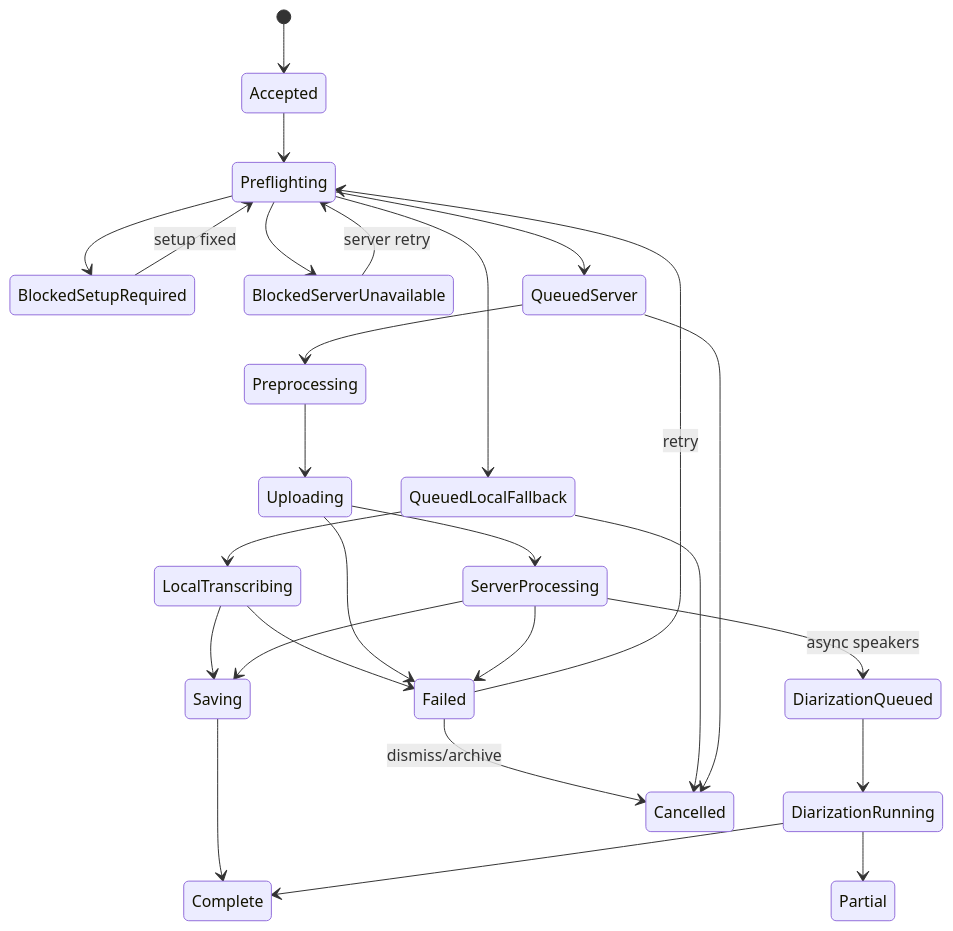
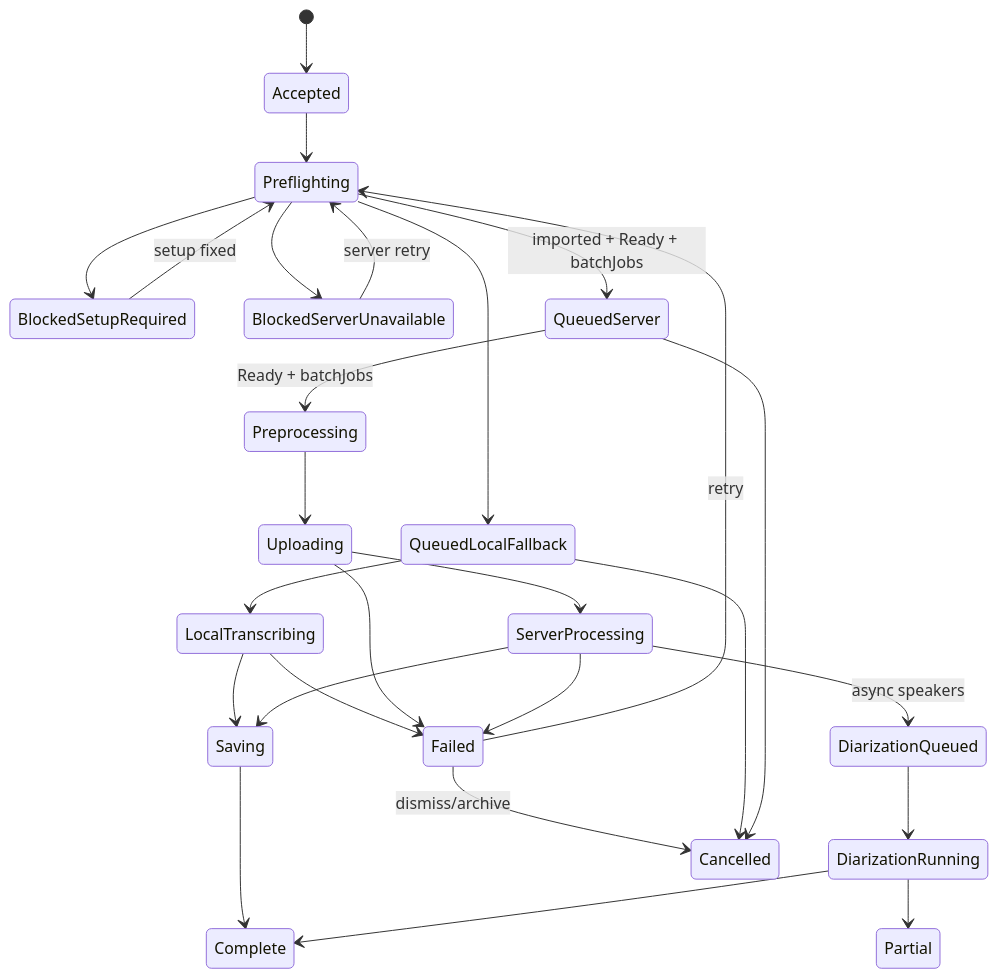
Before and after one commit to mcnatg1/yap: the first of 2 diagrams in docs/specs/client-state-machine.md, drawn with Mermaid. The commit also changed other lines of this file and 1 other file, not shown here.

Commit message:
Document server route capability guards

````diff
--- a/docs/specs/client-state-machine.md
+++ b/docs/specs/client-state-machine.md
@@ -146,29 +146,29 @@
 ```mermaid
 stateDiagram-v2
     [*] --> Accepted
     Accepted --> Preflighting
     Preflighting --> BlockedSetupRequired
     Preflighting --> BlockedServerUnavailable
     Preflighting --> QueuedLocalFallback
-    Preflighting --> QueuedServer
+    Preflighting --> QueuedServer: imported + Ready + batchJobs
     BlockedSetupRequired --> Preflighting: setup fixed
     BlockedServerUnavailable --> Preflighting: server retry
     QueuedLocalFallback --> LocalTranscribing
-    QueuedServer --> Preprocessing
+    QueuedServer --> Preprocessing: Ready + batchJobs
     Preprocessing --> Uploading
     Uploading --> ServerProcessing
     LocalTranscribing --> Saving
     ServerProcessing --> Saving
     Saving --> Complete
     ServerProcessing --> DiarizationQueued: async speakers
     DiarizationQueued --> DiarizationRunning
     DiarizationRunning --> Complete
     DiarizationRunning --> Partial
     LocalTranscribing --> Failed
     Uploading --> Failed
     ServerProcessing --> Failed
     Failed --> Preflighting: retry
     Failed --> Cancelled: dismiss/archive
     QueuedLocalFallback --> Cancelled
     QueuedServer --> Cancelled
 ```
````
